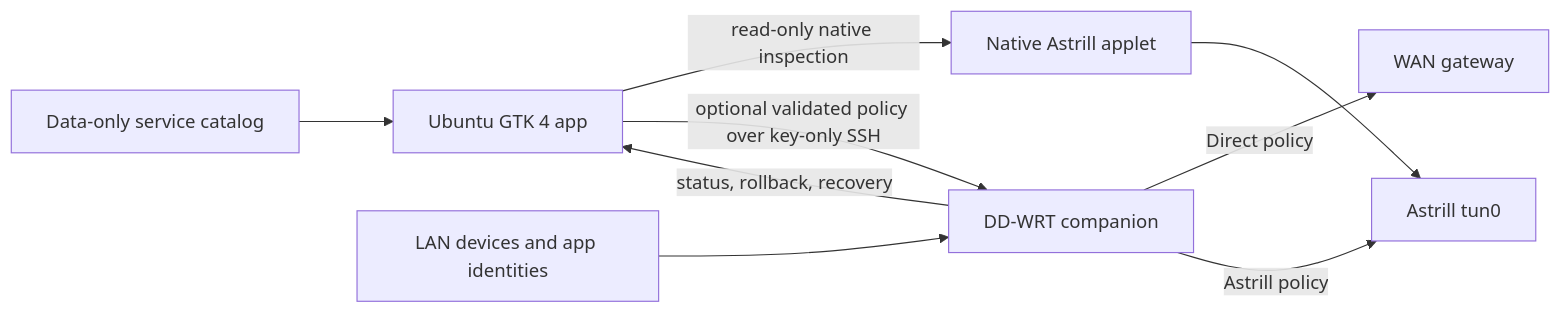
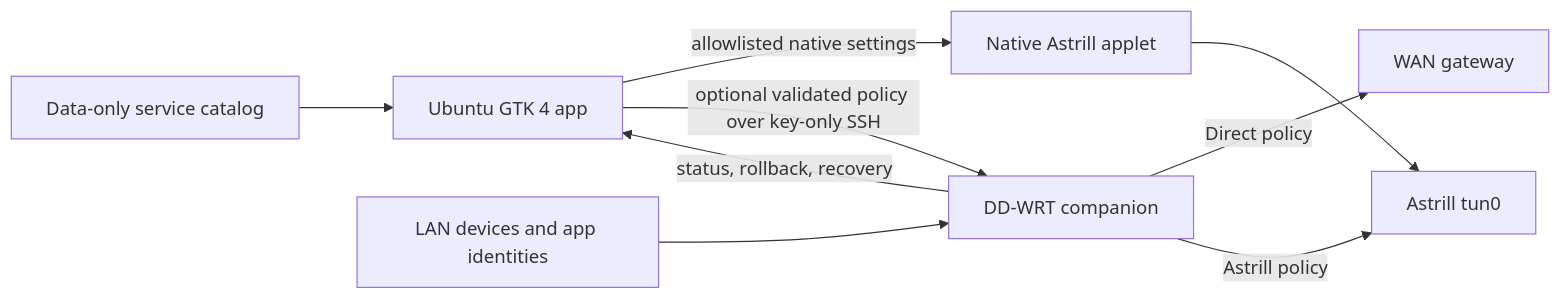
One commit to lachlanchen/astrill-lazy-router changed the diagram in README.md. Above: the diagram before and after it, drawn with Mermaid. The commit also changed other lines of this file and 18 other files, not shown here.

Commit message:
Mirror native Astrill connection settings

````diff
--- a/README.md
+++ b/README.md
@@ -68,11 +68,11 @@
 ```mermaid
 flowchart LR
-    GUI["Ubuntu GTK 4 app"] -->|"read-only native inspection"| APPLET["Native Astrill applet"]
+    GUI["Ubuntu GTK 4 app"] -->|"allowlisted native settings"| APPLET["Native Astrill applet"]
     GUI -->|"optional validated policy over key-only SSH"| CTRL["DD-WRT companion"]
     CATALOG["Data-only service catalog"] --> GUI
     LAN["LAN devices and app identities"] --> CTRL
     CTRL -->|"Direct policy"| WAN["WAN gateway"]
     CTRL -->|"Astrill policy"| TUN["Astrill tun0"]
     APPLET --> TUN
     CTRL -->|"status, rollback, recovery"| GUI
 ```
````
